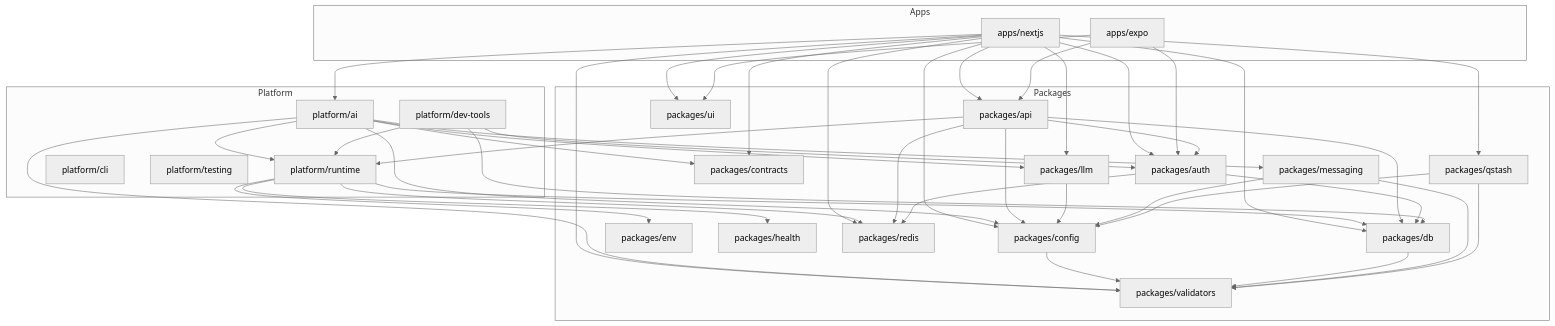
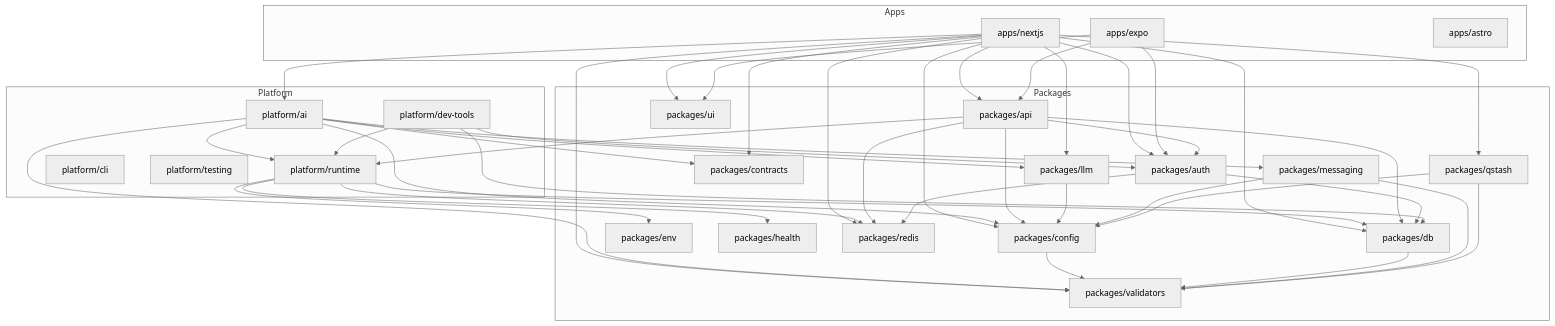
The first of 3 diagrams in docs/ARCHITECTURE.md (imperialcoal/dw-portfolio-platform), drawn with Mermaid (neutral theme) before and after one commit. The commit also changed other lines of this file and 4 other files, not shown here.

```diff
--- a/docs/ARCHITECTURE.md
+++ b/docs/ARCHITECTURE.md
@@ -84,6 +86,7 @@
     subgraph Apps
         NX[apps/nextjs]
         EX[apps/expo]
+        AS[apps/astro]
     end
 
     subgraph Platform
```
